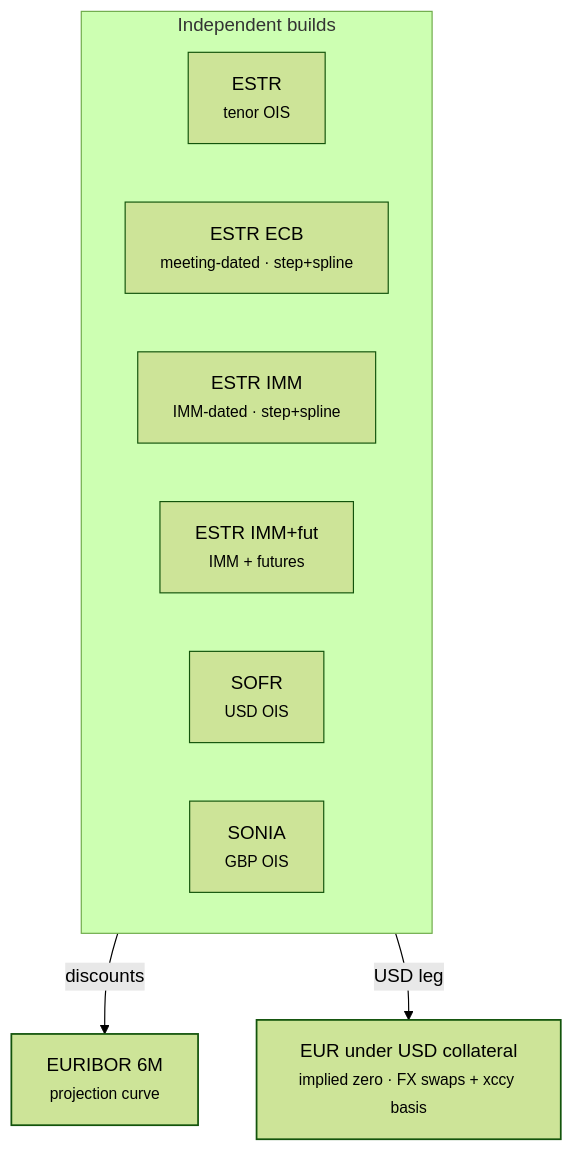
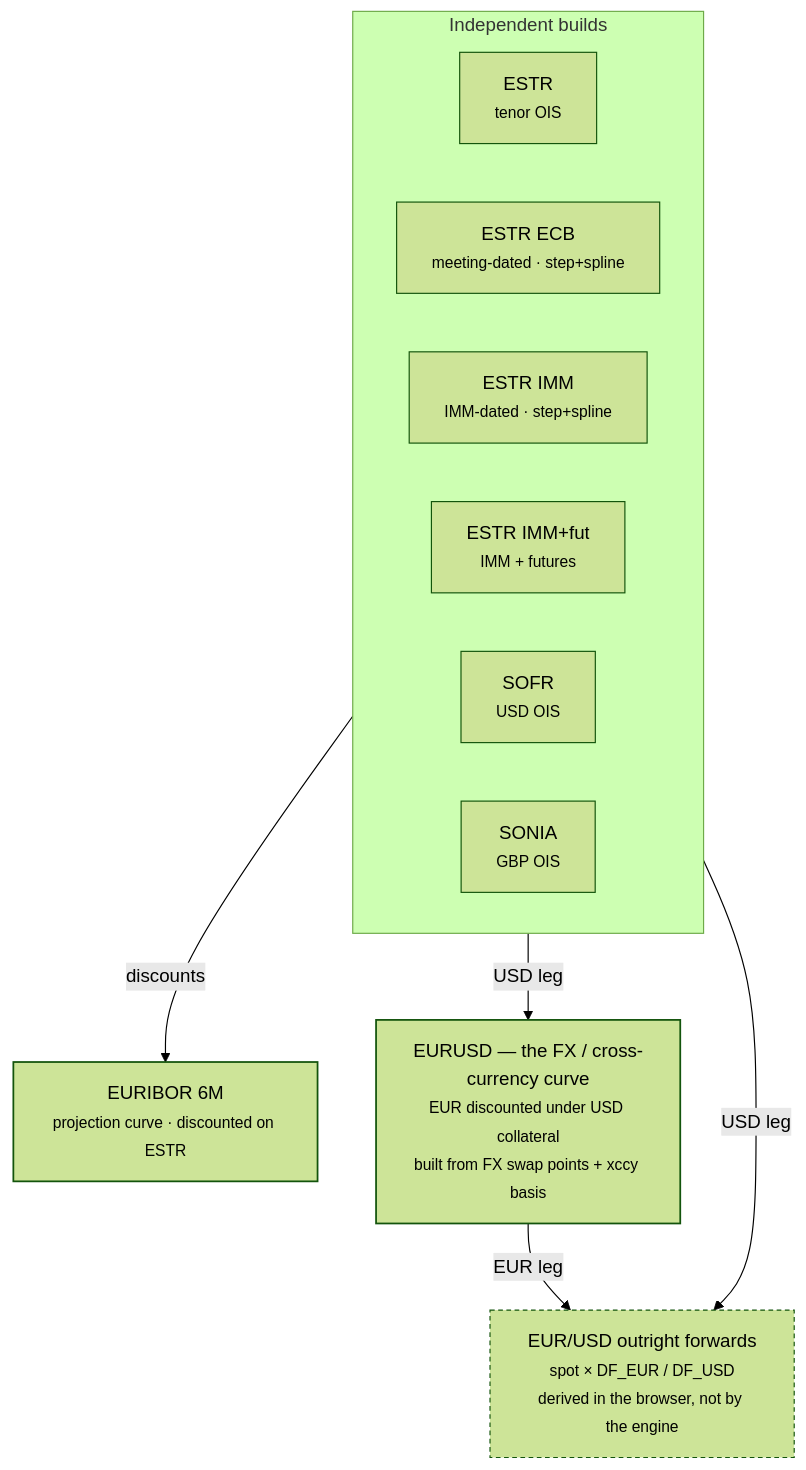
Before and after one commit to jrwglover/portfolio: the diagram in src/components/dashboards/curve_model/diagrams/curve-graph.mmd, drawn with Mermaid (forest theme). The commit also changed 2 other files, not shown here.

Commit message:
Name the FX curve, show the derived forwards, and correct a false claim
The FX curve was in the dependency graph the whole time, labelled 'EUR under
USD collateral'. That is what the chart calls it, but nothing in the label says
FX or cross-currency, so it reads as a seventh rates curve. It now carries both
names: the engine identifier EURUSD and what it actually is.

The graph was also genuinely incomplete. The EUR/USD outright forward curve is a
real output of this system, shown on its own chart domain, and it appeared
nowhere. Added as a derived node, dashed, taking the EUR leg from the xccy curve
and the USD leg from SOFR.

Which surfaced a false statement. The Architecture panel said 'Nothing on this
site computes a curve in the browser', and the FX forward chart does exactly
that: spot times the ratio of the two discount factors, in CurveModelDashboard.
Corrected rather than reworded - the browser does no construction and no
pricing, with that one identity as the stated exception.

```diff
--- a/src/components/dashboards/curve_model/diagrams/curve-graph.mmd
+++ b/src/components/dashboards/curve_model/diagrams/curve-graph.mmd
@@ -1,19 +1,29 @@
+%% Which curve needs which, and what is derived from them.
+%% The FX curve is named EURUSD in the engine and labelled "EUR under USD
+%% collateral" on the chart; both names are given here because neither on its
+%% own makes it obvious that this is the FX/cross-currency curve.
 flowchart TB
   subgraph IND [Independent builds]
     direction LR
     ESTR["ESTR<br/><small>tenor OIS</small>"]
     ECB["ESTR ECB<br/><small>meeting-dated · step+spline</small>"]
     IMM["ESTR IMM<br/><small>IMM-dated · step+spline</small>"]
     IMMF["ESTR IMM+fut<br/><small>IMM + futures</small>"]
     SOFR["SOFR<br/><small>USD OIS</small>"]
     SONIA["SONIA<br/><small>GBP OIS</small>"]
   end
 
-  E6["EURIBOR 6M<br/><small>projection curve</small>"]
-  XC["EUR under USD collateral<br/><small>implied zero · FX swaps + xccy basis</small>"]
+  E6["EURIBOR 6M<br/><small>projection curve · discounted on ESTR</small>"]
+  XC["EURUSD — the FX / cross-currency curve<br/><small>EUR discounted under USD collateral</small><br/><small>built from FX swap points + xccy basis</small>"]
 
   ESTR -- "discounts" --> E6
   SOFR -- "USD leg" --> XC
 
+  FWD["EUR/USD outright forwards<br/><small>spot × DF_EUR / DF_USD</small><br/><small>derived in the browser, not by the engine</small>"]
+  XC -- "EUR leg" --> FWD
+  SOFR -- "USD leg" --> FWD
+
   classDef dep stroke-width:1.5px
+  classDef derived stroke-dasharray:4 3
   class E6,XC dep
+  class FWD derived
```
